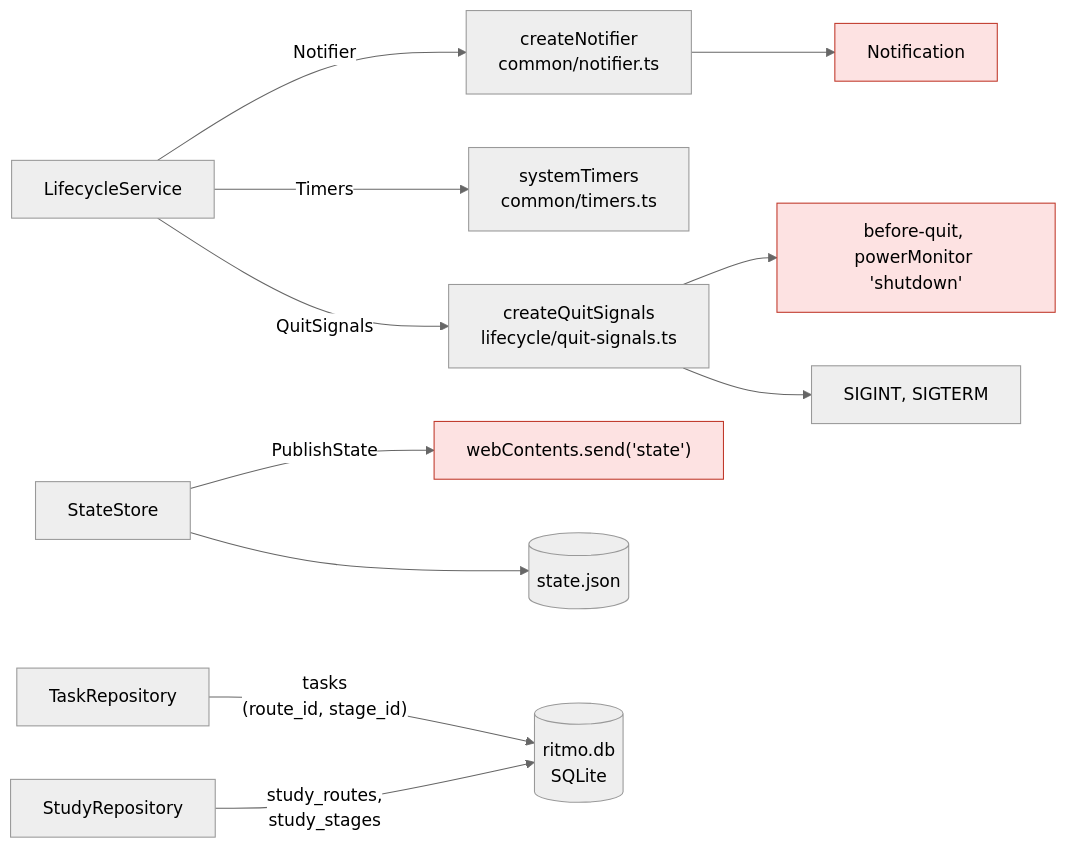
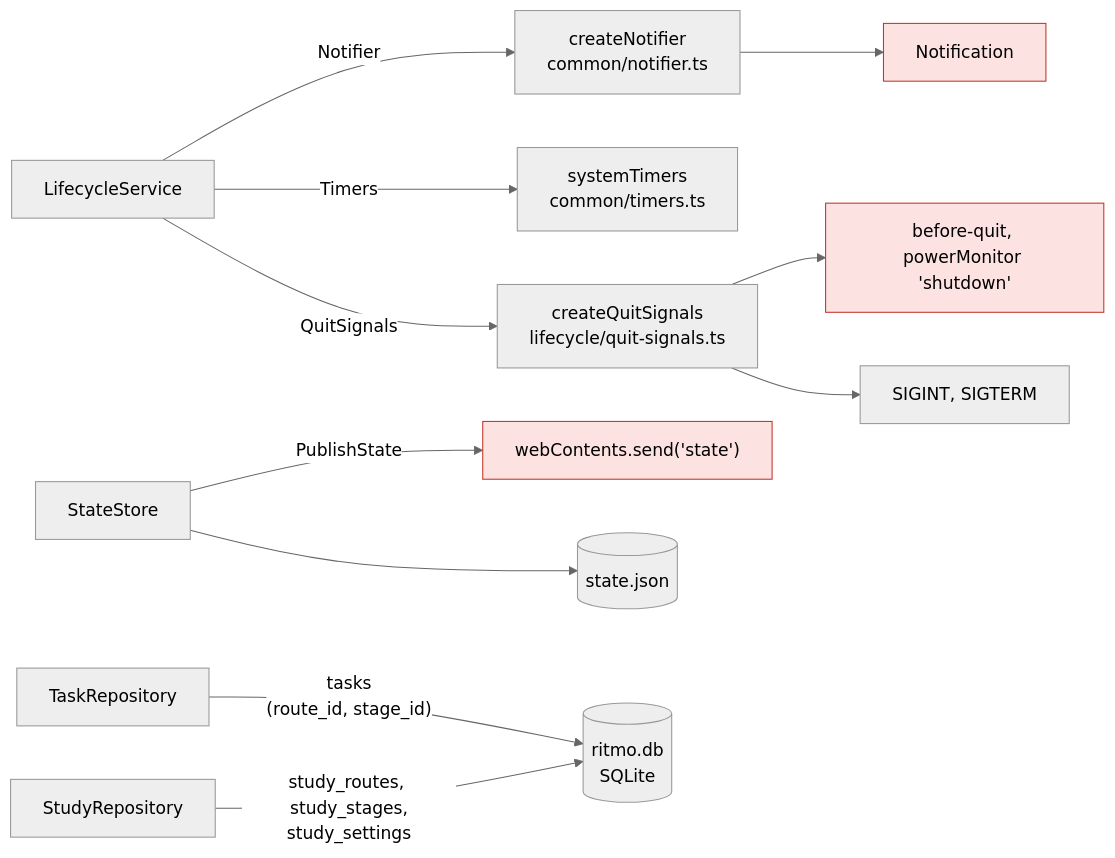
The seventh of 13 diagrams in docs/arquitectura.md (DevJuan95/ritmo), drawn with Mermaid (neutral theme) before and after one commit. The commit also changed other lines of this file and 37 other files, not shown here.

````diff
--- a/docs/arquitectura.md
+++ b/docs/arquitectura.md
@@ -224,29 +234,29 @@
 ```mermaid
 flowchart LR
   lifecycle["LifecycleService"]
   store["StateStore"]
   repo["TaskRepository"]
   studyRepo["StudyRepository"]
   notifier["createNotifier<br/>common/notifier.ts"]
   timers["systemTimers<br/>common/timers.ts"]
   quit["createQuitSignals<br/>lifecycle/quit-signals.ts"]
   send["webContents.send('state')"]:::electron
   notification["Notification"]:::electron
   salida["before-quit, powerMonitor 'shutdown'"]:::electron
   signals["SIGINT, SIGTERM"]
   json[("state.json")]
   db[("ritmo.db<br/>SQLite")]
 
   lifecycle -- "Notifier" --> notifier
   lifecycle -- "Timers" --> timers
   lifecycle -- "QuitSignals" --> quit
   store -- "PublishState" --> send
   store --> json
   repo -- "tasks<br/>(route_id, stage_id)" --> db
-  studyRepo -- "study_routes,<br/>study_stages" --> db
+  studyRepo -- "study_routes, study_stages,<br/>study_settings" --> db
   notifier --> notification
   quit --> salida
   quit --> signals
 
   classDef electron fill:#fde2e2,stroke:#c0392b,color:#000
 ```
````
